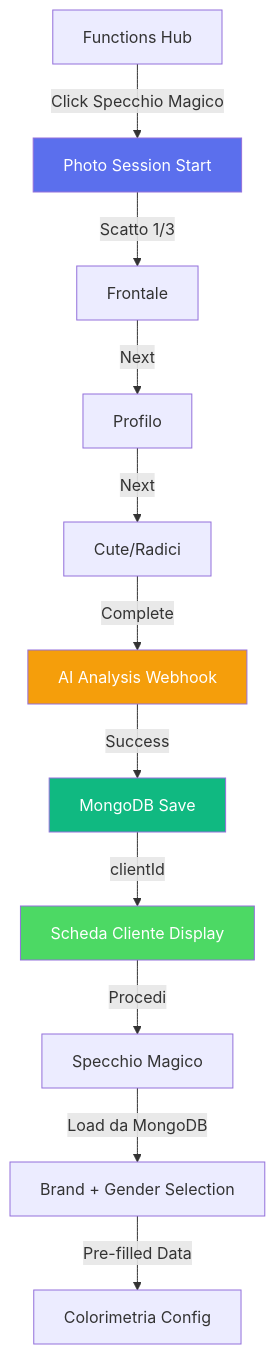
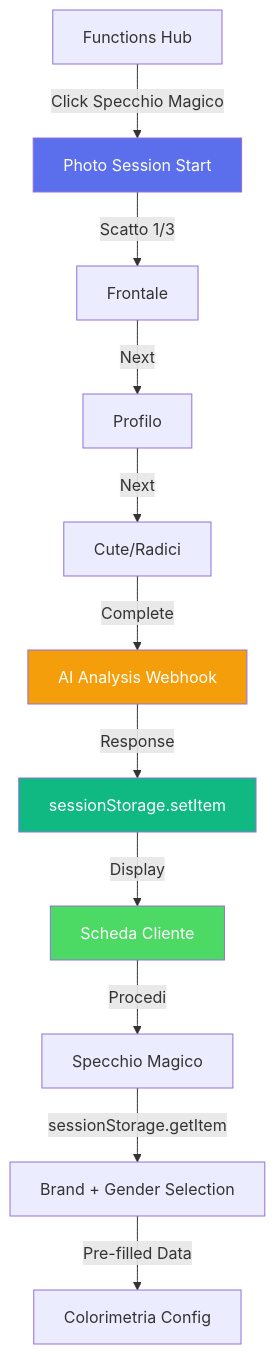
The diagram in docs/13-PHOTO-SESSION.md (SimonAiIT/SiteBoS-MiniApp), drawn with Mermaid before and after one commit. The commit also changed other lines of this file, not shown here.

First line of the commit message:
📝 Update docs: remove MongoDB, sessionStorage only

````diff
--- a/docs/13-PHOTO-SESSION.md
+++ b/docs/13-PHOTO-SESSION.md
@@ -28,18 +28,18 @@
 ```mermaid
 graph TD
     A[Functions Hub] -->|Click Specchio Magico| B[Photo Session Start]
     B -->|Scatto 1/3| C[Frontale]
     C -->|Next| D[Profilo]
     D -->|Next| E[Cute/Radici]
     E -->|Complete| F[AI Analysis Webhook]
-    F -->|Success| G[MongoDB Save]
-    G -->|clientId| H[Scheda Cliente Display]
+    F -->|Response| G[sessionStorage.setItem]
+    G -->|Display| H[Scheda Cliente]
     H -->|Procedi| I[Specchio Magico]
-    I -->|Load da MongoDB| J[Brand + Gender Selection]
+    I -->|sessionStorage.getItem| J[Brand + Gender Selection]
     J -->|Pre-filled Data| K[Colorimetria Config]
     
     style B fill:#5b6fed,color:#fff
     style F fill:#f59e0b,color:#fff
     style G fill:#10b981,color:#fff
     style H fill:#4cd964,color:#fff
 ```
````
